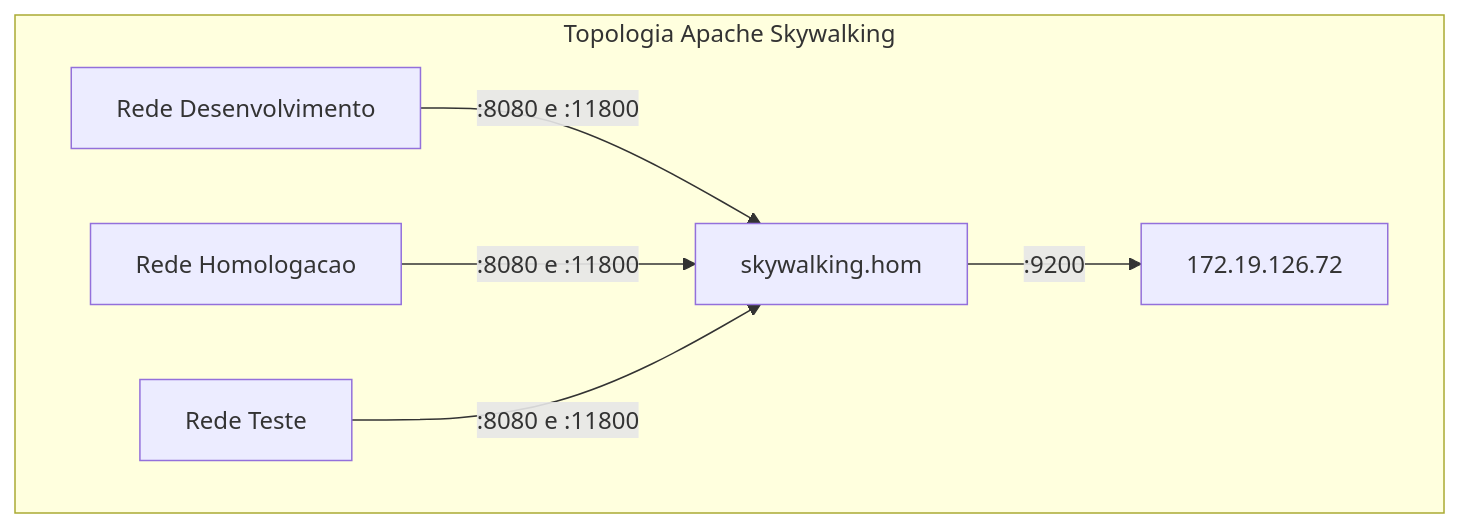
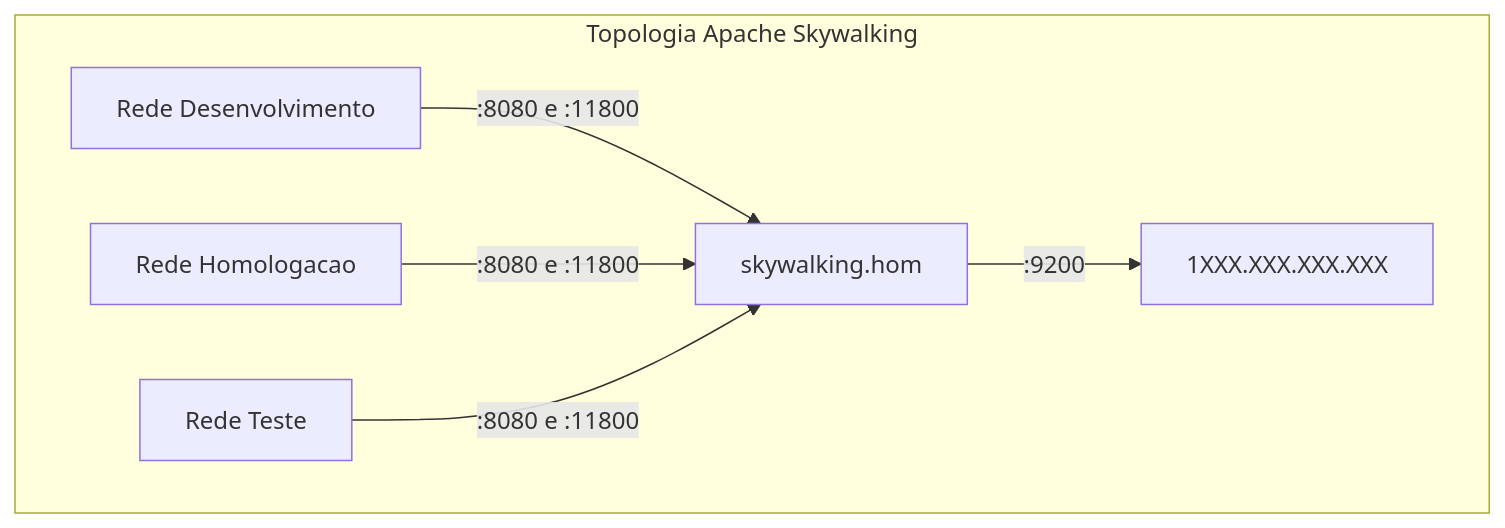
One commit to CAPES/guia changed the first of 3 diagrams in arquitetura/microsservices.md. Above: the diagram before and after it, drawn with Mermaid. The commit also changed other lines of this file and 7 other files, not shown here.

````diff
--- a/arquitetura/microsservices.md
+++ b/arquitetura/microsservices.md
@@ -243,9 +243,9 @@
 ```mermaid
 graph TB
 subgraph "Topologia Apache Skywalking"
   dnet[Rede Desenvolvimento] -- :8080 e :11800 --> sky[skywalking.hom]
   hnet[Rede Homologacao] -- :8080 e :11800 --> sky[skywalking.hom]
   tnet[Rede Teste] -- :8080 e :11800 --> sky[skywalking.hom]
-  sky[skywalking.hom] -- :9200 --> es[172.19.126.72]
+  sky[skywalking.hom] -- :9200 --> es[1XXX.XXX.XXX.XXX]
 end
 ```
````
